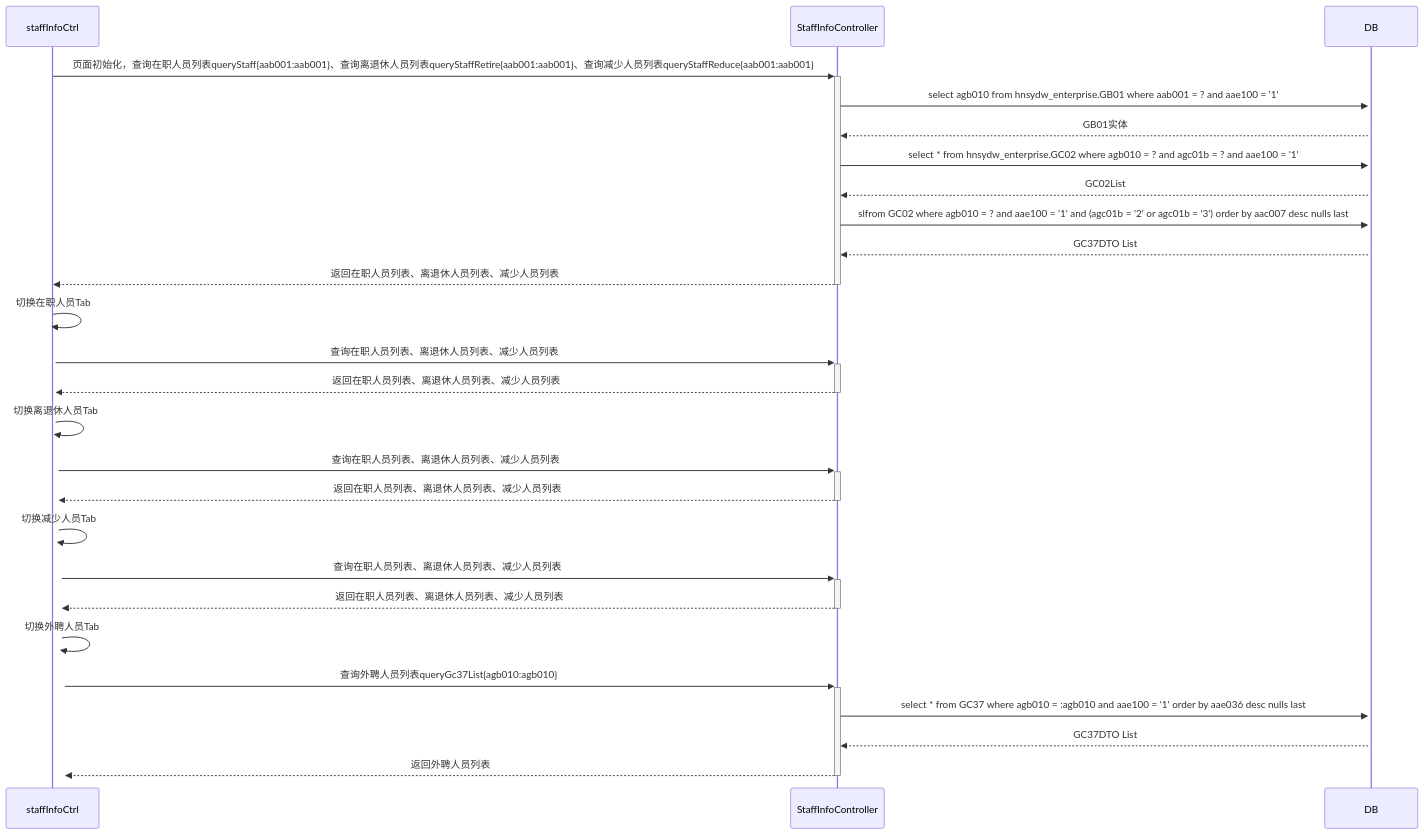
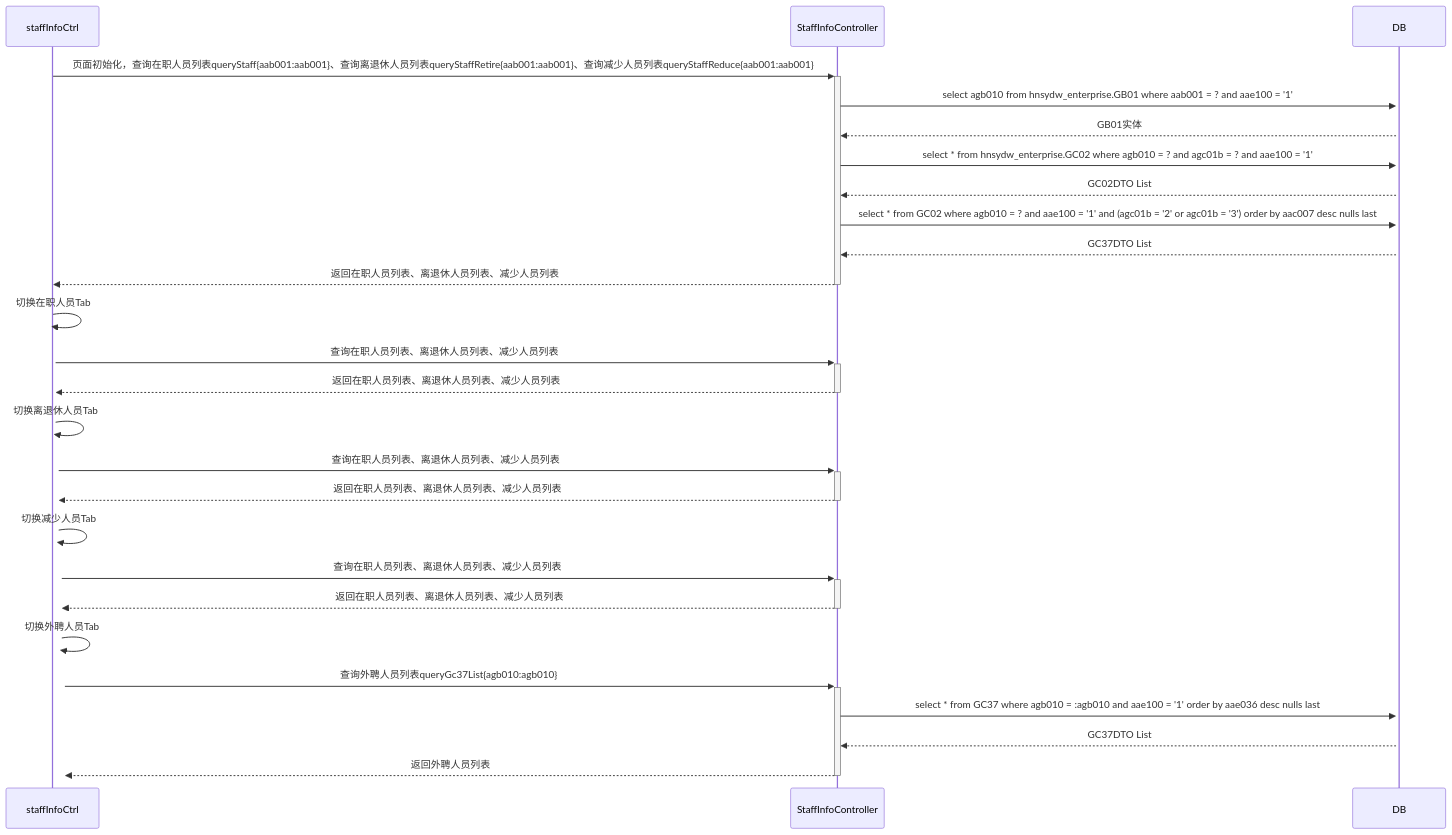
Before and after one commit to ZhangJianBeiJing/iodraw-files: the diagram in all/人员基本信息初始化页面多Tab调用业务流程.md, drawn with Mermaid.

Commit message:
2025-03-25 10:45:59 update

````diff
--- a/all/人员基本信息初始化页面多Tab调用业务流程.md
+++ b/all/人员基本信息初始化页面多Tab调用业务流程.md
@@ -1,27 +1,27 @@
 ```mermaid
 sequenceDiagram
     staffInfoCtrl->>+StaffInfoController: 页面初始化，查询在职人员列表queryStaff{aab001:aab001}、查询离退休人员列表queryStaffRetire{aab001:aab001}、查询减少人员列表queryStaffReduce{aab001:aab001}
     
     StaffInfoController->>+DB:select agb010 from hnsydw_enterprise.GB01 where aab001 = ? and aae100 = '1'
     DB-->>StaffInfoController:GB01实体
     StaffInfoController->>+DB:select * from hnsydw_enterprise.GC02 where agb010 = ? and agc01b = ? and aae100 = '1'
-    DB-->>StaffInfoController:GC02List
+    DB-->>StaffInfoController:GC02DTO List
 
-    StaffInfoController->>+DB:slfrom GC02 where agb010 = ? and aae100 = '1' and (agc01b = '2' or agc01b = '3') order by aac007 desc nulls last 
+    StaffInfoController->>+DB:select * from GC02 where agb010 = ? and aae100 = '1' and (agc01b = '2' or agc01b = '3') order by aac007 desc nulls last 
     DB-->>StaffInfoController:GC37DTO List
     StaffInfoController-->>-staffInfoCtrl:返回在职人员列表、离退休人员列表、减少人员列表
     staffInfoCtrl->>+staffInfoCtrl:切换在职人员Tab
     staffInfoCtrl->>+StaffInfoController:查询在职人员列表、离退休人员列表、减少人员列表
     StaffInfoController-->>-staffInfoCtrl:返回在职人员列表、离退休人员列表、减少人员列表
     staffInfoCtrl->>+staffInfoCtrl:切换离退休人员Tab
     staffInfoCtrl->>+StaffInfoController:查询在职人员列表、离退休人员列表、减少人员列表
     StaffInfoController-->>-staffInfoCtrl:返回在职人员列表、离退休人员列表、减少人员列表
     staffInfoCtrl->>+staffInfoCtrl:切换减少人员Tab
     staffInfoCtrl->>+StaffInfoController:查询在职人员列表、离退休人员列表、减少人员列表
     StaffInfoController-->>-staffInfoCtrl:返回在职人员列表、离退休人员列表、减少人员列表
     staffInfoCtrl->>+staffInfoCtrl:切换外聘人员Tab
     staffInfoCtrl->>+StaffInfoController:查询外聘人员列表queryGc37List{agb010:agb010}
     StaffInfoController->>+DB:select * from GC37 where agb010 = :agb010 and aae100 = '1' order by aae036 desc nulls last
     DB-->>StaffInfoController:GC37DTO List 
     StaffInfoController-->>-staffInfoCtrl:返回外聘人员列表
 ```
````
